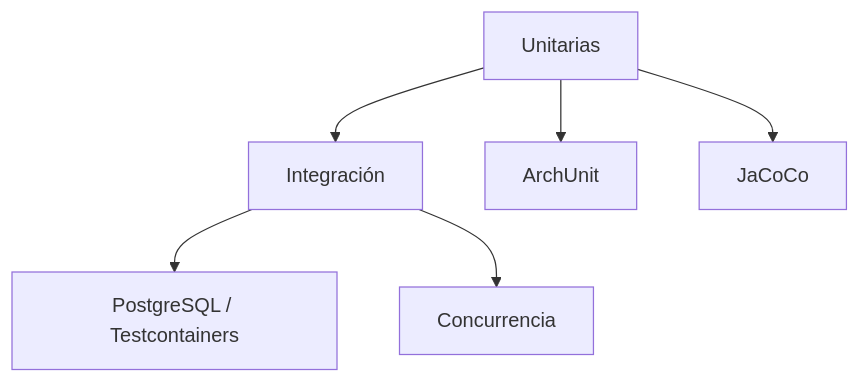
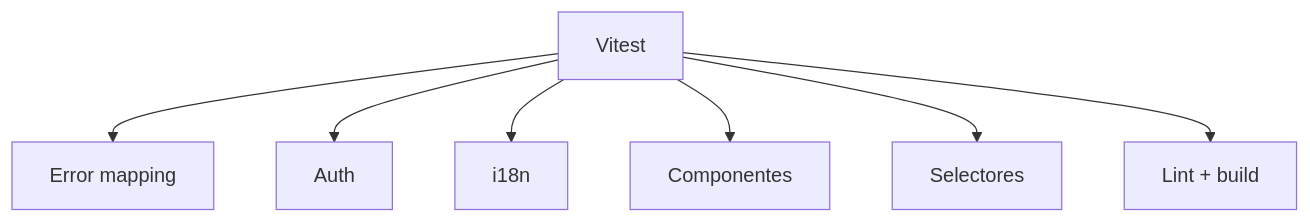
One commit to lisudea/technical-test-2026-2 changed diagram 15 of 19 in lisource-frontend/README.md. Above: the diagram before and after it, drawn with Mermaid. The commit also changed other lines of this file and 1 other file, not shown here.

````diff
--- a/lisource-frontend/README.md
+++ b/lisource-frontend/README.md
@@ -1071,8 +776,9 @@
 ```mermaid
 flowchart TB
-  U[Unitarias] --> I[Integración]
-  I --> P[PostgreSQL / Testcontainers]
-  I --> C[Concurrencia]
-  U --> A[ArchUnit]
-  U --> J[JaCoCo]
+  V[Vitest] --> E[Error mapping]
+  V --> A[Auth]
+  V --> I[i18n]
+  V --> C[Componentes]
+  V --> S[Selectores]
+  V --> L[Lint + build]
 ```
````
